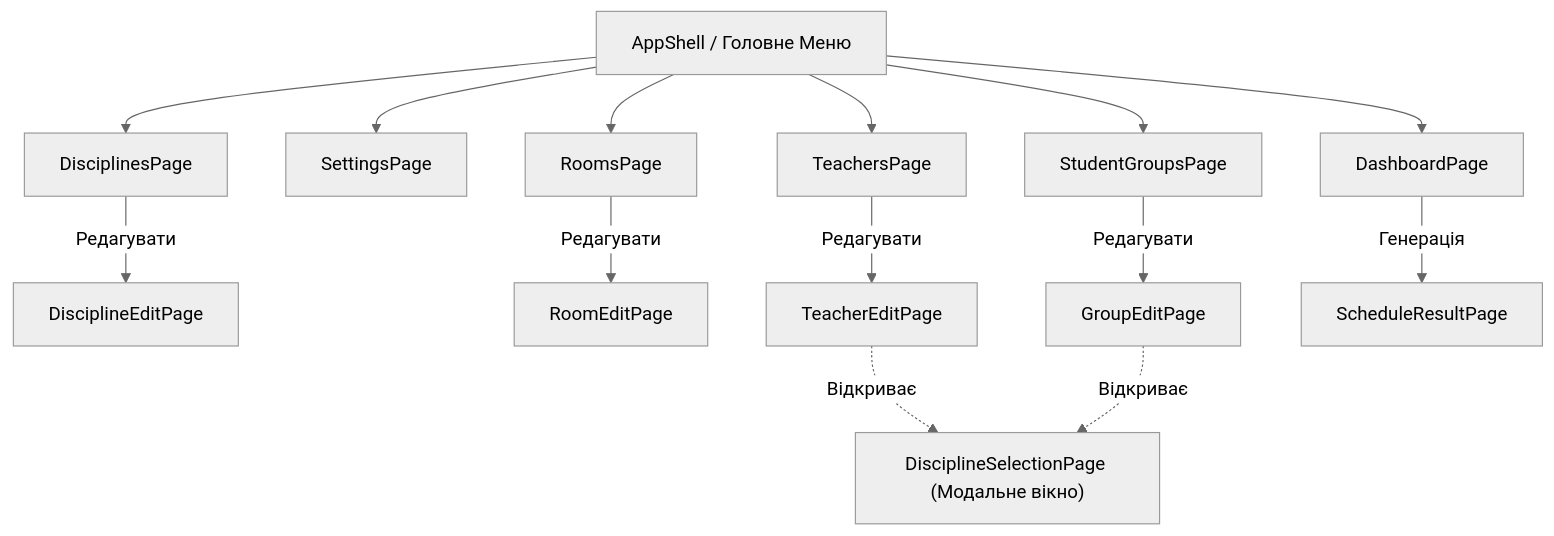
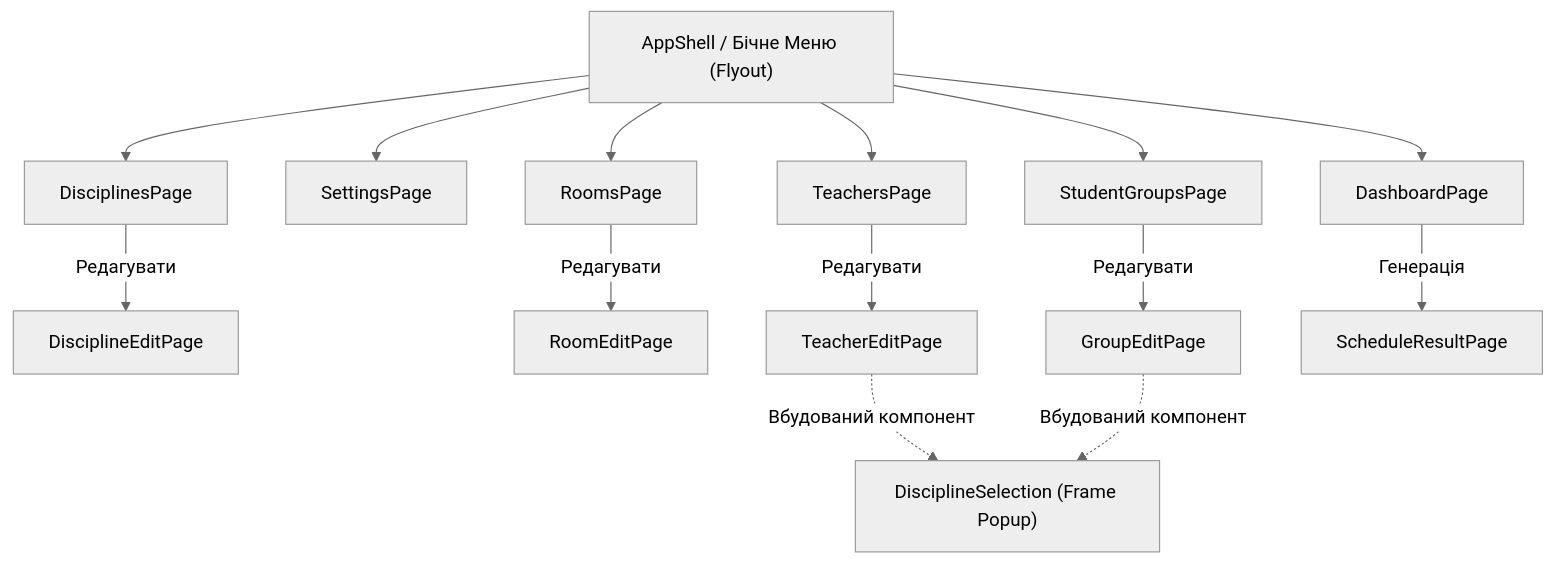
One commit to WDYT32/Lab1MAUI changed the fifth of 6 diagrams in README.md. Above: the diagram before and after it, drawn with Mermaid (neutral theme). The commit also changed other lines of this file and 105 other files, not shown here.

````diff
--- a/README.md
+++ b/README.md
@@ -372,26 +397,26 @@
 ```mermaid
 flowchart TD
     %% Головне меню
-    Shell["AppShell / Головне Меню"]
+    Shell["AppShell / Бічне Меню (Flyout)"]
 
-    %% Основні сторінки (Вкладки/Пункти меню)
+    %% Основні сторінки (Пункти FlyoutItem)
     Shell --> Dashboard["DashboardPage"]
     Shell --> Settings["SettingsPage"]
     Shell --> Disciplines["DisciplinesPage"]
     Shell --> Rooms["RoomsPage"]
     Shell --> Teachers["TeachersPage"]
     Shell --> Groups["StudentGroupsPage"]
     
     %% Сторінки редагування (Push Navigation)
     Disciplines -- "Редагувати" --> DisciplineEdit["DisciplineEditPage"]
     Rooms -- "Редагувати" --> RoomEdit["RoomEditPage"]
     Teachers -- "Редагувати" --> TeacherEdit["TeacherEditPage"]
     Groups -- "Редагувати" --> GroupEdit["GroupEditPage"]
     
-    %% Модальне вікно вибору дисциплін
-    TeacherEdit -. "Відкриває" .-> SelectionModal["DisciplineSelectionPage (Модальне вікно)"]
-    GroupEdit -. "Відкриває" .-> SelectionModal
+    %% Вбудований компонент вибору дисциплін
+    TeacherEdit -. "Вбудований компонент" .-> SelectionModal["DisciplineSelection (Frame Popup)"]
+    GroupEdit -. "Вбудований компонент" .-> SelectionModal
     
     %% Логіка генерації
     Dashboard -- "Генерація" --> ScheduleResult["ScheduleResultPage"]
 ```
````
